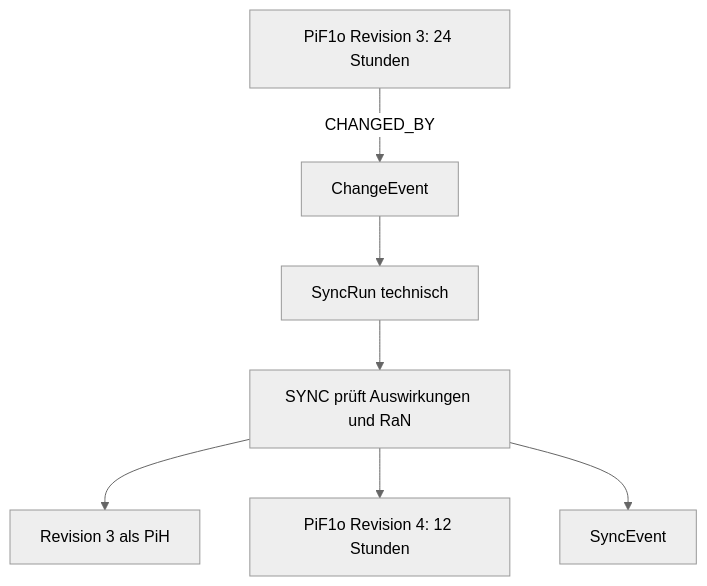
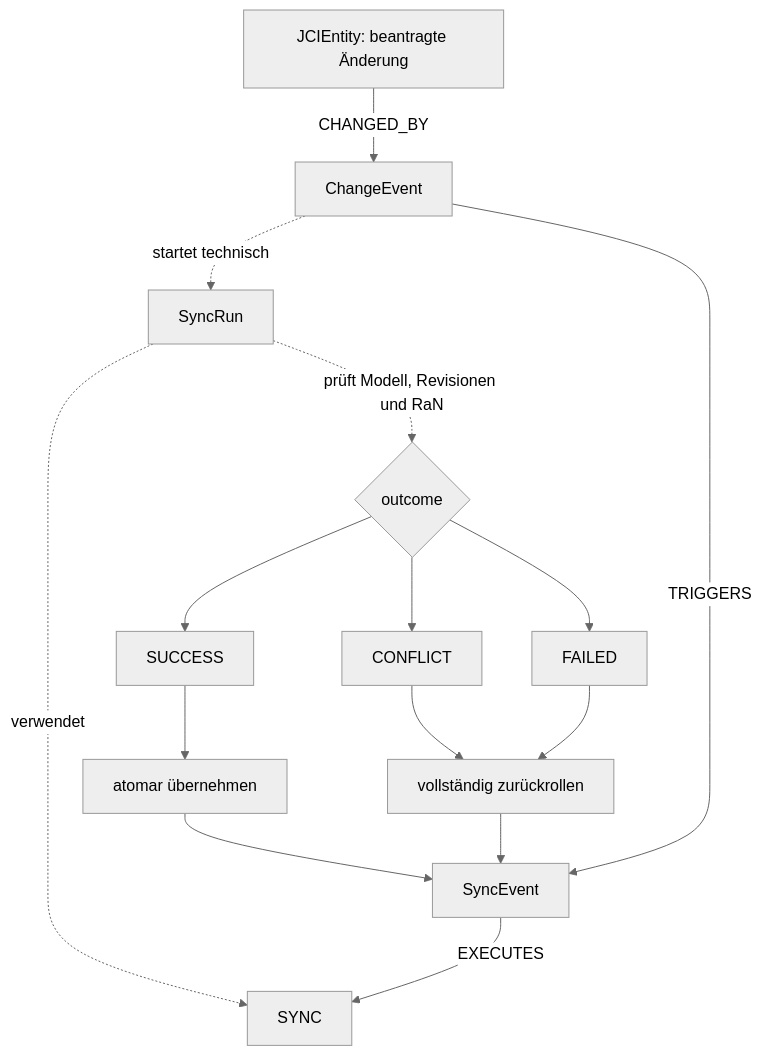
One commit to eeimicke/junaco-jci-loop changed the tenth of 12 diagrams in docs/guides/JCI_EXAMPLE.md. Above: the diagram before and after it, drawn with Mermaid (neutral theme). The commit also changed other lines of this file and 11 other files, not shown here.

````diff
--- a/docs/guides/JCI_EXAMPLE.md
+++ b/docs/guides/JCI_EXAMPLE.md
@@ -86,9 +230,17 @@
 ```mermaid
 flowchart TD
-    Old[PiF1o Revision 3: 24 Stunden] -->|CHANGED_BY| ChangeEvent
-    ChangeEvent --> Run[SyncRun technisch]
-    Run --> Check[SYNC prüft Auswirkungen und RaN]
-    Check --> History[Revision 3 als PiH]
-    Check --> New[PiF1o Revision 4: 12 Stunden]
-    Check --> SyncEvent
+    Entity[JCIEntity: beantragte Änderung] -->|CHANGED_BY| ChangeEvent
+    ChangeEvent -. startet technisch .-> Run[SyncRun]
+    Run -. verwendet .-> Definition[SYNC]
+    Run -. prüft Modell, Revisionen und RaN .-> Decision{outcome}
+    Decision --> Success[SUCCESS]
+    Decision --> Conflict[CONFLICT]
+    Decision --> Failed[FAILED]
+    Success --> Apply[atomar übernehmen]
+    Conflict --> Rollback[vollständig zurückrollen]
+    Failed --> Rollback
+    Apply --> Event[SyncEvent]
+    Rollback --> Event
+    ChangeEvent -->|TRIGGERS| Event
+    Event -->|EXECUTES| Definition
 ```
````
